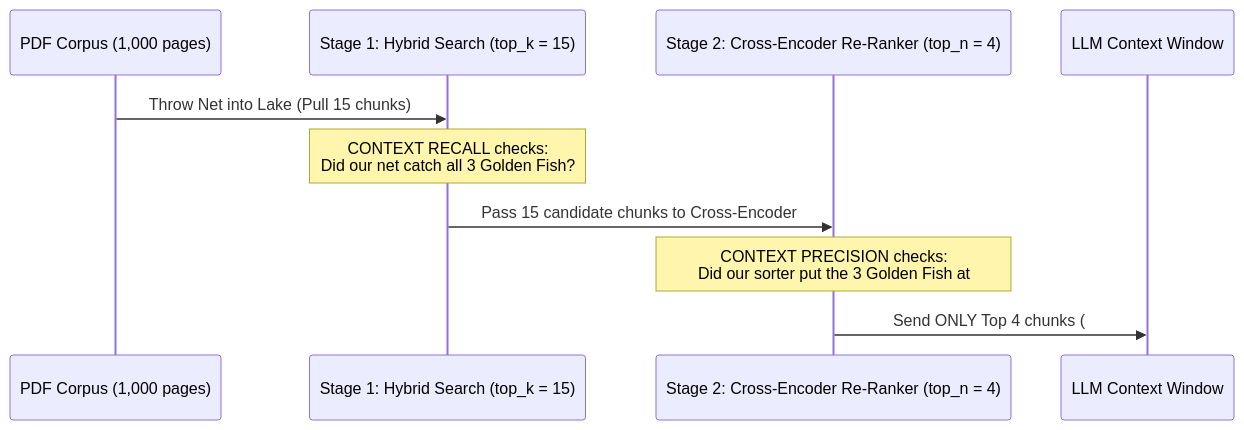
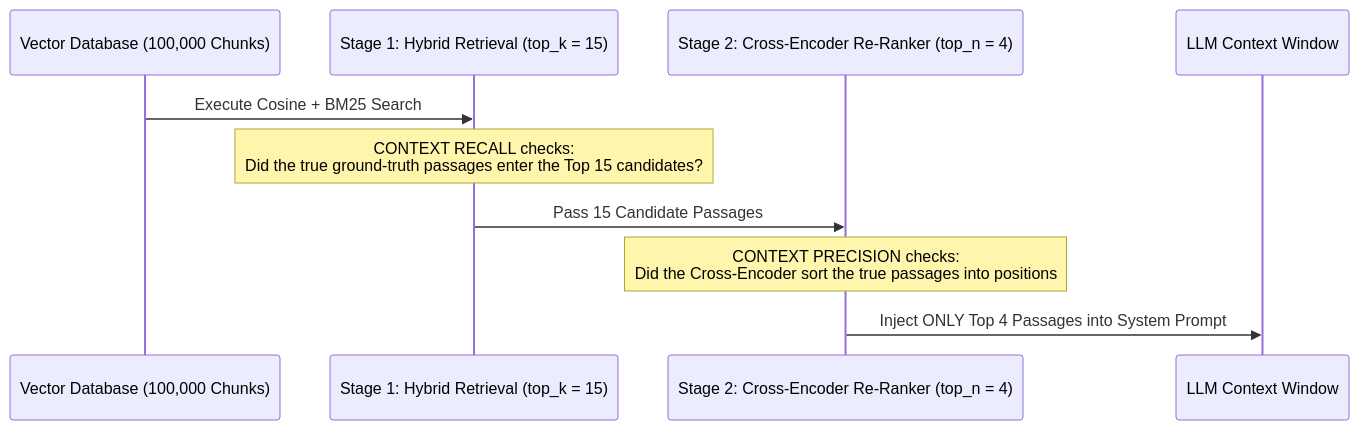
The third of 3 diagrams in INTERVIEW_REVISION_GUIDE.md (ChinmoyJyotiKathar/Invariable-Docs), drawn with Mermaid before and after one commit. The commit also changed other lines of this file, not shown here.

Commit message:
docs: standardize and refine architecture and interview reference guide

````diff
--- a/INTERVIEW_REVISION_GUIDE.md
+++ b/INTERVIEW_REVISION_GUIDE.md
@@ -136,13 +124,13 @@
 ```mermaid
 sequenceDiagram
-    participant Lake as PDF Corpus (1,000 pages)
-    participant Net as Stage 1: Hybrid Search (top_k = 15)
-    participant Sorter as Stage 2: Cross-Encoder Re-Ranker (top_n = 4)
+    participant Index as Vector Database (100,000 Chunks)
+    participant Hybrid as Stage 1: Hybrid Retrieval (top_k = 15)
+    participant Rerank as Stage 2: Cross-Encoder Re-Ranker (top_n = 4)
     participant LLM as LLM Context Window
     
-    Lake->>Net: Throw Net into Lake (Pull 15 chunks)
-    Note over Net: CONTEXT RECALL checks:<br/>Did our net catch all 3 Golden Fish?
-    Net->>Sorter: Pass 15 candidate chunks to Cross-Encoder
-    Note over Sorter: CONTEXT PRECISION checks:<br/>Did our sorter put the 3 Golden Fish at #1, #2, #3?
-    Sorter->>LLM: Send ONLY Top 4 chunks (#1 through #4)
+    Index->>Hybrid: Execute Cosine + BM25 Search
+    Note over Hybrid: CONTEXT RECALL checks:<br/>Did the true ground-truth passages enter the Top 15 candidates?
+    Hybrid->>Rerank: Pass 15 Candidate Passages
+    Note over Rerank: CONTEXT PRECISION checks:<br/>Did the Cross-Encoder sort the true passages into positions #1-#4?
+    Rerank->>LLM: Inject ONLY Top 4 Passages into System Prompt
 ```
````
